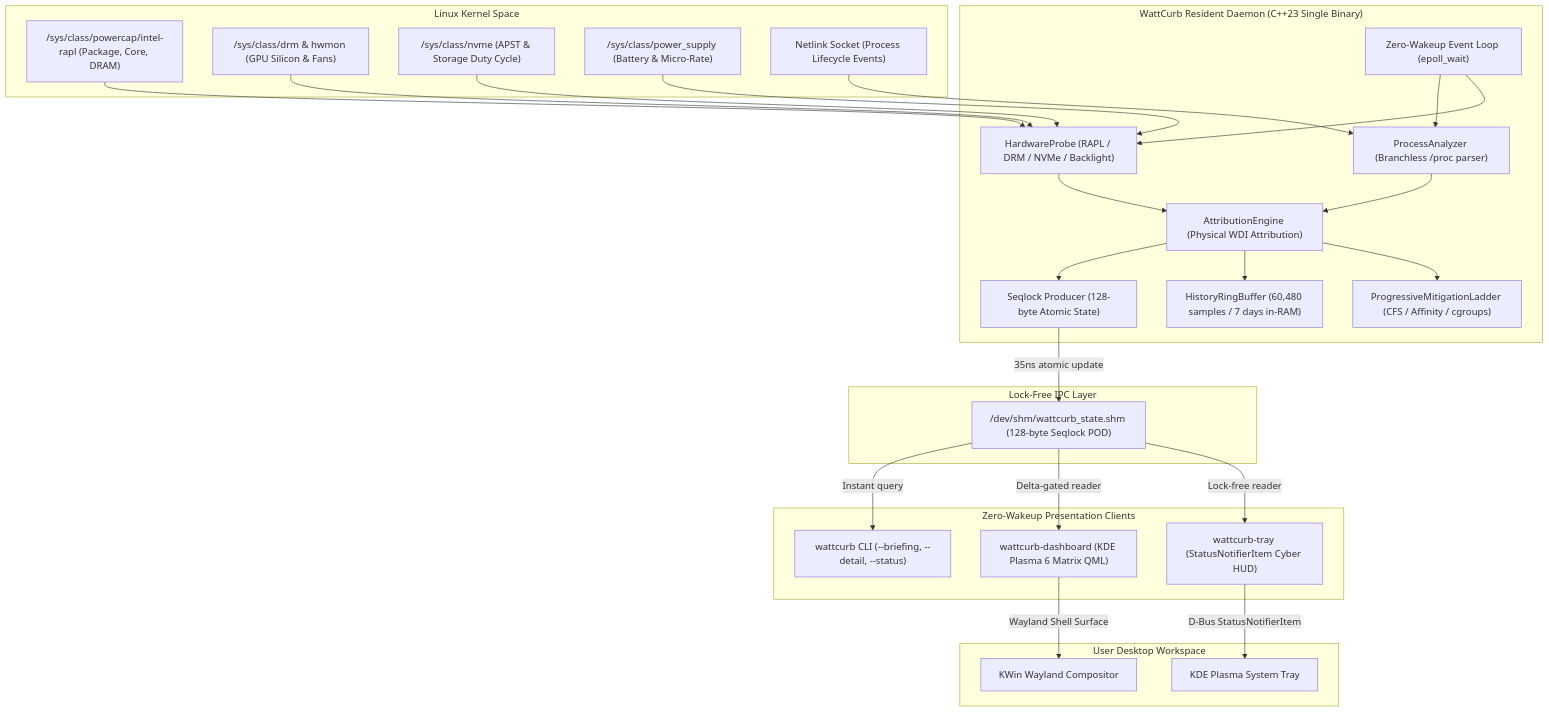
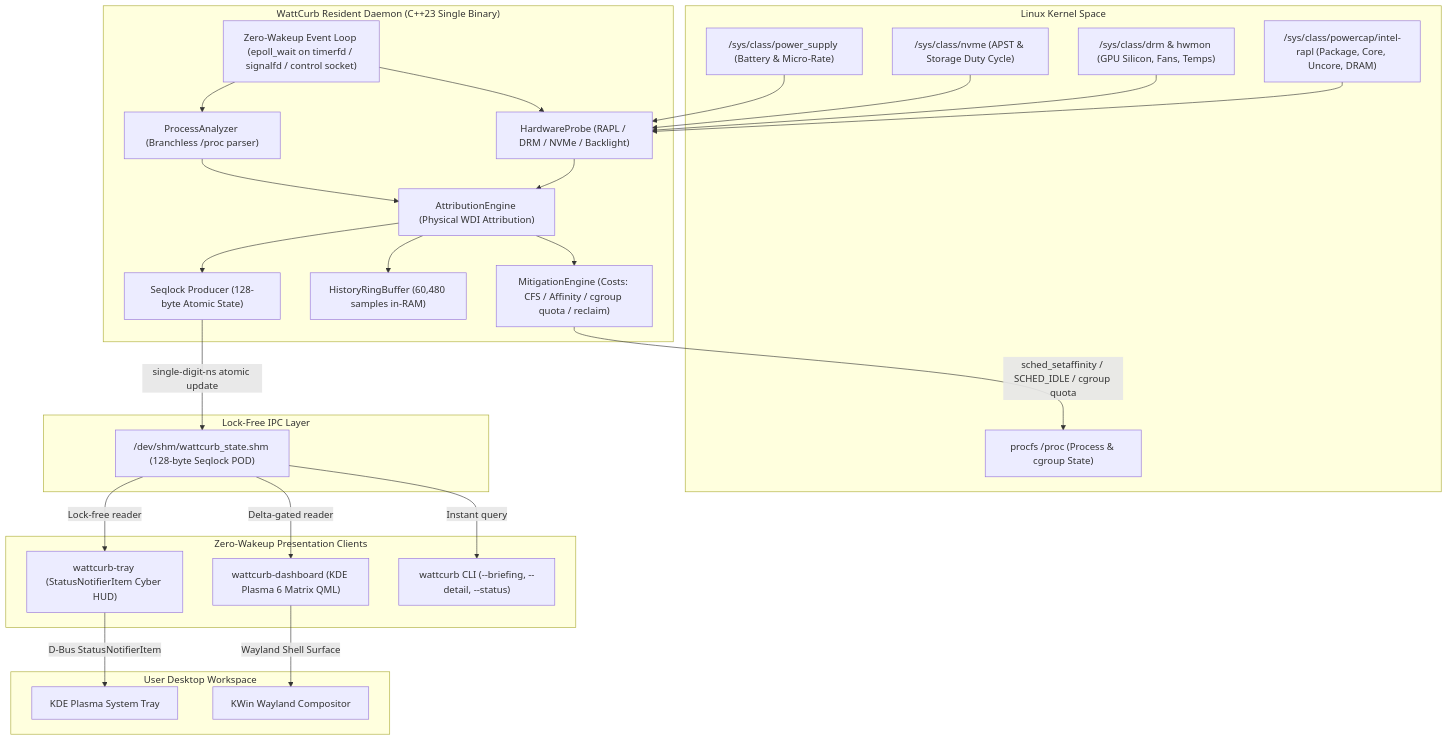
The diagram in README.md (jedclub/WattCurb), drawn with Mermaid before and after one commit. The commit also changed other lines of this file and 1 other file, not shown here.

````diff
--- a/README.md
+++ b/README.md
@@ -136,54 +172,54 @@
 ```mermaid
 flowchart TD
     subgraph Kernel["Linux Kernel Space"]
-        RAPL["/sys/class/powercap/intel-rapl (Package, Core, DRAM)"]
-        HWMON["/sys/class/drm & hwmon (GPU Silicon & Fans)"]
+        RAPL["/sys/class/powercap/intel-rapl (Package, Core, Uncore, DRAM)"]
+        HWMON["/sys/class/drm & hwmon (GPU Silicon, Fans, Temps)"]
         NVME["/sys/class/nvme (APST & Storage Duty Cycle)"]
         BATT["/sys/class/power_supply (Battery & Micro-Rate)"]
-        NETLINK["Netlink Socket (Process Lifecycle Events)"]
+        PROC["procfs /proc (Process & cgroup State)"]
     end
 
     subgraph Daemon["WattCurb Resident Daemon (C++23 Single Binary)"]
-        EPOLL["Zero-Wakeup Event Loop (epoll_wait)"]
+        EPOLL["Zero-Wakeup Event Loop (epoll_wait on timerfd / signalfd / control socket)"]
         HW["HardwareProbe (RAPL / DRM / NVMe / Backlight)"]
-        PROC["ProcessAnalyzer (Branchless /proc parser)"]
+        PROCAN["ProcessAnalyzer (Branchless /proc parser)"]
         ATTR["AttributionEngine (Physical WDI Attribution)"]
-        MITIG["ProgressiveMitigationLadder (CFS / Affinity / cgroups)"]
-        RING["HistoryRingBuffer (60,480 samples / 7 days in-RAM)"]
+        MITIG["MitigationEngine (Costs: CFS / Affinity / cgroup quota / reclaim)"]
+        RING["HistoryRingBuffer (60,480 samples in-RAM)"]
         SHM_WRITER["Seqlock Producer (128-byte Atomic State)"]
 
         EPOLL --> HW --> ATTR
-        EPOLL --> PROC --> ATTR
-        NETLINK --> PROC
+        EPOLL --> PROCAN --> ATTR
         ATTR --> MITIG
         ATTR --> RING
         ATTR --> SHM_WRITER
+        MITIG -->|"sched_setaffinity / SCHED_IDLE / cgroup quota"| PROC
     end
 
     subgraph IPC["Lock-Free IPC Layer"]
         SHM["/dev/shm/wattcurb_state.shm (128-byte Seqlock POD)"]
-        SHM_WRITER -->|35ns atomic update| SHM
+        SHM_WRITER -->|"single-digit-ns atomic update"| SHM
     end
 
     subgraph Frontends["Zero-Wakeup Presentation Clients"]
         TRAY["wattcurb-tray (StatusNotifierItem Cyber HUD)"]
         DASH["wattcurb-dashboard (KDE Plasma 6 Matrix QML)"]
         CLI["wattcurb CLI (--briefing, --detail, --status)"]
 
         SHM -->|Lock-free reader| TRAY
         SHM -->|Delta-gated reader| DASH
         SHM -->|Instant query| CLI
     end
 
     subgraph Desktop["User Desktop Workspace"]
         PANEL["KDE Plasma System Tray"]
         KWIN["KWin Wayland Compositor"]
         TRAY -->|D-Bus StatusNotifierItem| PANEL
         DASH -->|Wayland Shell Surface| KWIN
     end
 
     RAPL --> HW
     HWMON --> HW
     NVME --> HW
     BATT --> HW
 ```
````
